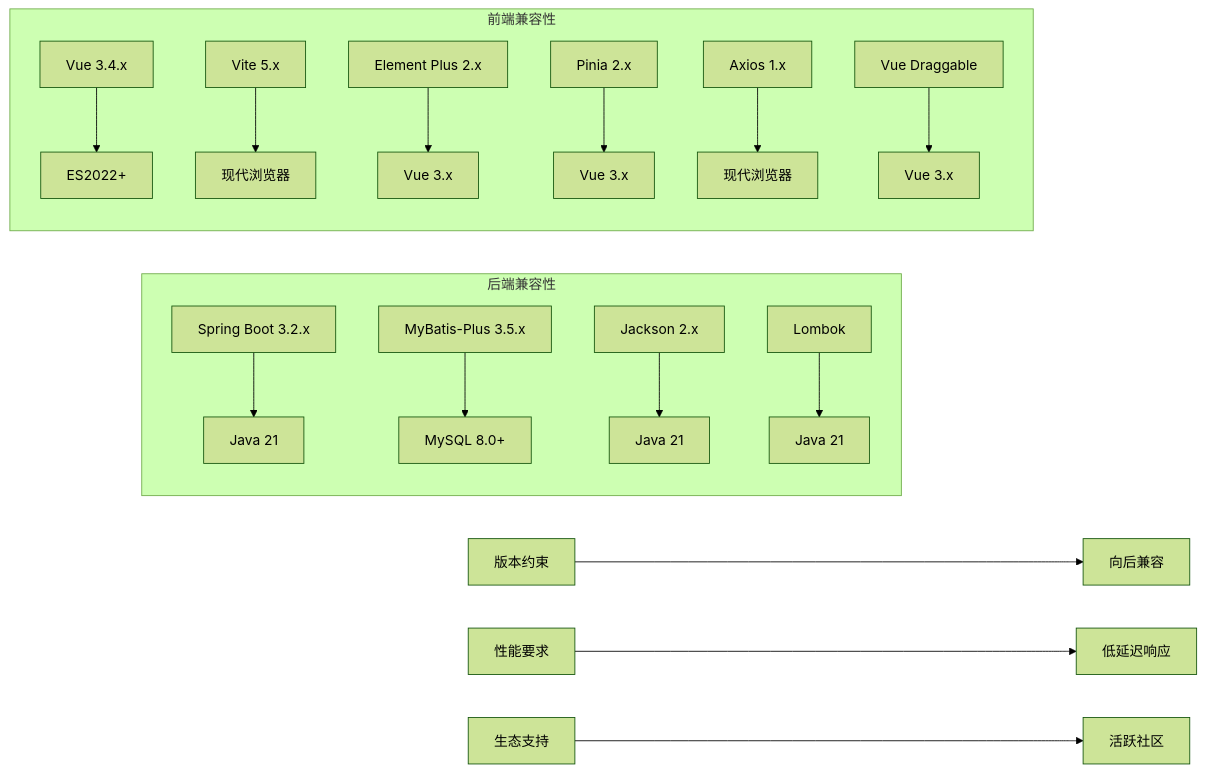
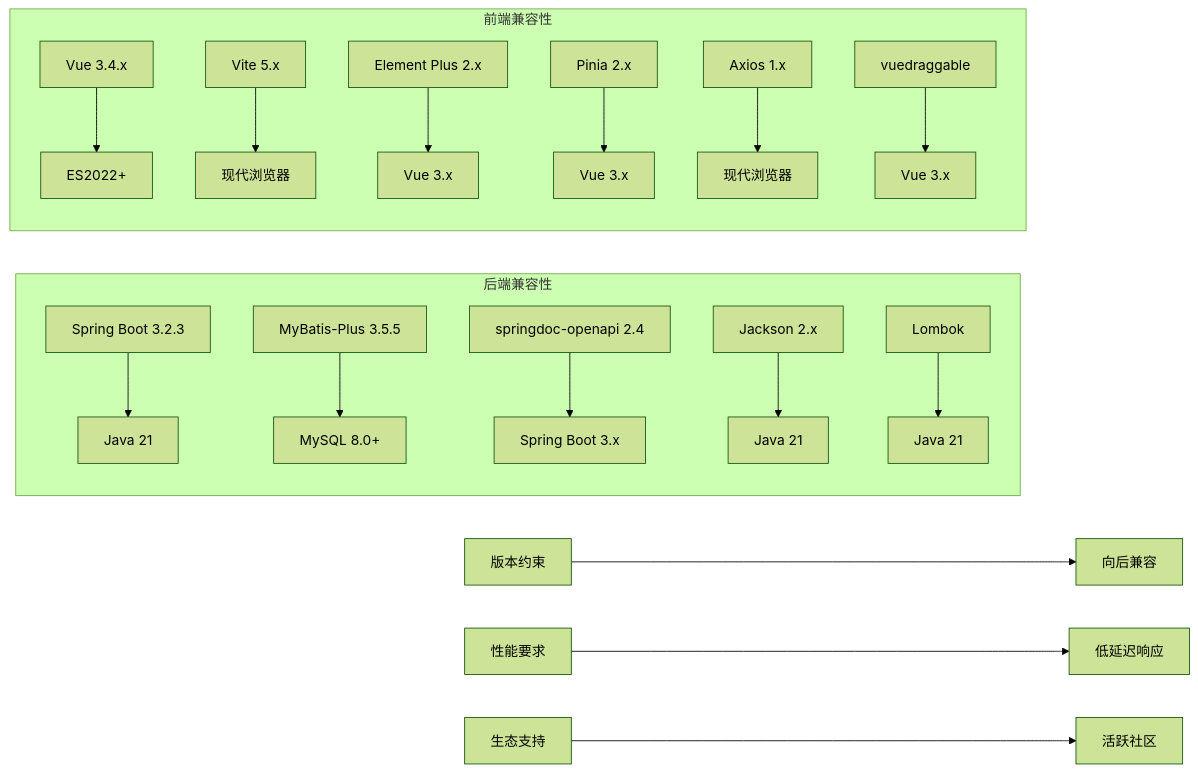
Before and after one commit to NJMrLi/genetics: the fifth of 5 diagrams in .qoder/repowiki/zh/content/技术栈选型.md, drawn with Mermaid (forest theme). The commit also changed other lines of this file and 152 other files, not shown here.

````diff
--- a/.qoder/repowiki/zh/content/技术栈选型.md
+++ b/.qoder/repowiki/zh/content/技术栈选型.md
@@ -295,20 +321,21 @@
 ```mermaid
 graph LR
 subgraph "后端兼容性"
-A[Spring Boot 3.2.x] --> B[Java 21]
-C[MyBatis-Plus 3.5.x] --> D[MySQL 8.0+]
-E[Jackson 2.x] --> F[Java 21]
-G[Lombok] --> H[Java 21]
+A[Spring Boot 3.2.3] --> B[Java 21]
+C[MyBatis-Plus 3.5.5] --> D[MySQL 8.0+]
+E[springdoc-openapi 2.4] --> F[Spring Boot 3.x]
+G[Jackson 2.x] --> H[Java 21]
+I[Lombok] --> J[Java 21]
 end
 subgraph "前端兼容性"
-I[Vue 3.4.x] --> J[ES2022+]
-K[Vite 5.x] --> L[现代浏览器]
-M[Element Plus 2.x] --> N[Vue 3.x]
-O[Pinia 2.x] --> P[Vue 3.x]
-Q[Axios 1.x] --> R[现代浏览器]
-S[Vue Draggable] --> T[Vue 3.x]
+K[Vue 3.4.x] --> L[ES2022+]
+M[Vite 5.x] --> N[现代浏览器]
+O[Element Plus 2.x] --> P[Vue 3.x]
+Q[Pinia 2.x] --> R[Vue 3.x]
+S[Axios 1.x] --> T[现代浏览器]
+U[vuedraggable] --> V[Vue 3.x]
 end
-U[版本约束] --> V[向后兼容]
-W[性能要求] --> X[低延迟响应]
-Y[生态支持] --> Z[活跃社区]
+W[版本约束] --> X[向后兼容]
+Y[性能要求] --> Z[低延迟响应]
+AA[生态支持] --> BB[活跃社区]
 ```
````
